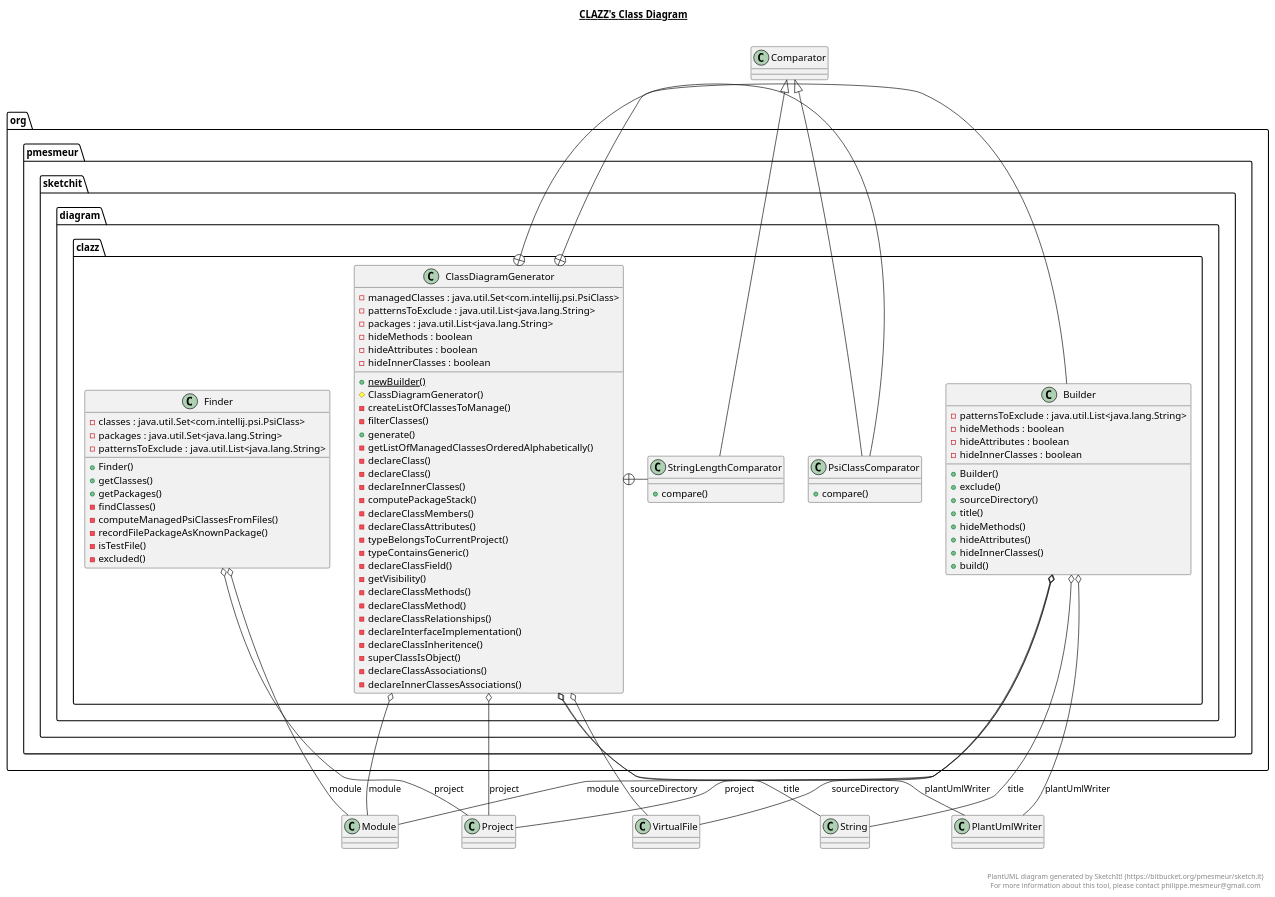
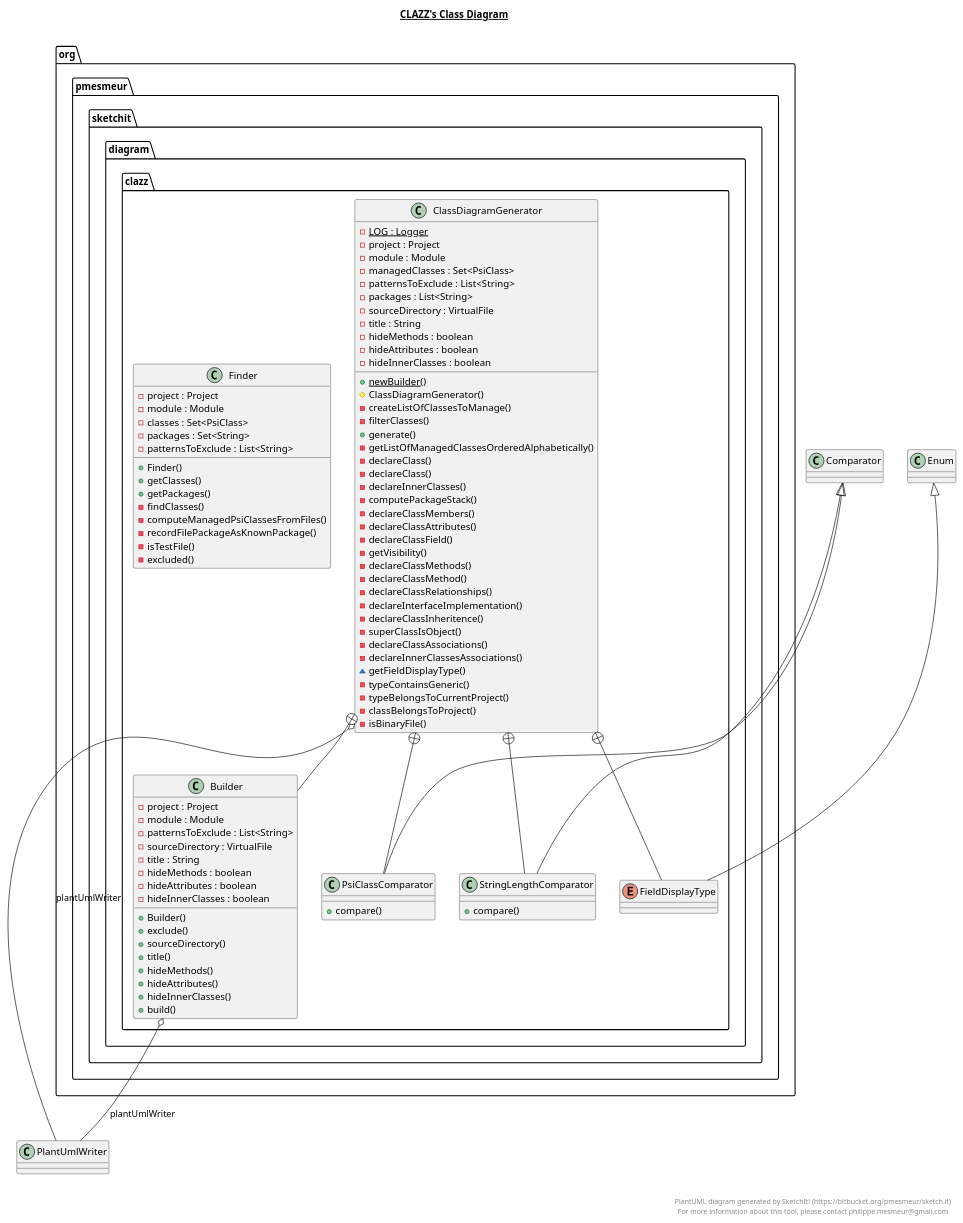
One commit to bigjimlefou/sketch.it changed the diagram in src/org/pmesmeur/sketchit/diagram/clazz/clazz.plantuml. Above: the diagram before and after it, drawn with PlantUML. The commit also changed 5 other files, not shown here.

Commit message:
Update UML model

```diff
--- a/src/org/pmesmeur/sketchit/diagram/clazz/clazz.plantuml
+++ b/src/org/pmesmeur/sketchit/diagram/clazz/clazz.plantuml
@@ -1,136 +1,151 @@
 @startuml
 
 title __CLAZZ's Class Diagram__\n
 
   package org.pmesmeur.sketchit {
     package org.pmesmeur.sketchit.diagram {
       package org.pmesmeur.sketchit.diagram.clazz {
         class ClassDiagramGenerator {
-            - managedClasses : java.util.Set<com.intellij.psi.PsiClass>
-            - patternsToExclude : java.util.List<java.lang.String>
-            - packages : java.util.List<java.lang.String>
+            {static} - LOG : Logger
+            - project : Project
+            - module : Module
+            - managedClasses : Set<PsiClass>
+            - patternsToExclude : List<String>
+            - packages : List<String>
+            - sourceDirectory : VirtualFile
+            - title : String
             - hideMethods : boolean
             - hideAttributes : boolean
             - hideInnerClasses : boolean
             {static} + newBuilder()
             # ClassDiagramGenerator()
             - createListOfClassesToManage()
             - filterClasses()
             + generate()
             - getListOfManagedClassesOrderedAlphabetically()
             - declareClass()
             - declareClass()
             - declareInnerClasses()
             - computePackageStack()
             - declareClassMembers()
             - declareClassAttributes()
-            - typeBelongsToCurrentProject()
-            - typeContainsGeneric()
             - declareClassField()
             - getVisibility()
             - declareClassMethods()
             - declareClassMethod()
             - declareClassRelationships()
             - declareInterfaceImplementation()
             - declareClassInheritence()
             - superClassIsObject()
             - declareClassAssociations()
             - declareInnerClassesAssociations()
+            ~ getFieldDisplayType()
+            - typeContainsGeneric()
+            - typeBelongsToCurrentProject()
+            - classBelongsToProject()
+            - isBinaryFile()
         }
       }
     }
   }
   
 
   package org.pmesmeur.sketchit {
     package org.pmesmeur.sketchit.diagram {
       package org.pmesmeur.sketchit.diagram.clazz {
         class Builder {
-            - patternsToExclude : java.util.List<java.lang.String>
+            - project : Project
+            - module : Module
+            - patternsToExclude : List<String>
+            - sourceDirectory : VirtualFile
+            - title : String
             - hideMethods : boolean
             - hideAttributes : boolean
             - hideInnerClasses : boolean
             + Builder()
             + exclude()
             + sourceDirectory()
             + title()
             + hideMethods()
             + hideAttributes()
             + hideInnerClasses()
             + build()
         }
       }
     }
   }
   
 
   package org.pmesmeur.sketchit {
     package org.pmesmeur.sketchit.diagram {
       package org.pmesmeur.sketchit.diagram.clazz {
         class StringLengthComparator {
             + compare()
         }
       }
     }
   }
   
 
   package org.pmesmeur.sketchit {
     package org.pmesmeur.sketchit.diagram {
       package org.pmesmeur.sketchit.diagram.clazz {
         class PsiClassComparator {
             + compare()
         }
       }
     }
   }
   
 
   package org.pmesmeur.sketchit {
     package org.pmesmeur.sketchit.diagram {
       package org.pmesmeur.sketchit.diagram.clazz {
+        enum FieldDisplayType
+      }
+    }
+  }
+  
+
+  package org.pmesmeur.sketchit {
+    package org.pmesmeur.sketchit.diagram {
+      package org.pmesmeur.sketchit.diagram.clazz {
         class Finder {
-            - classes : java.util.Set<com.intellij.psi.PsiClass>
-            - packages : java.util.Set<java.lang.String>
-            - patternsToExclude : java.util.List<java.lang.String>
+            - project : Project
+            - module : Module
+            - classes : Set<PsiClass>
+            - packages : Set<String>
+            - patternsToExclude : List<String>
             + Finder()
             + getClasses()
             + getPackages()
             - findClasses()
             - computeManagedPsiClassesFromFiles()
             - recordFilePackageAsKnownPackage()
             - isTestFile()
             - excluded()
         }
       }
     }
   }
   
 
   ClassDiagramGenerator o-- PlantUmlWriter : plantUmlWriter
-  ClassDiagramGenerator o-- Project : project
-  ClassDiagramGenerator o-- Module : module
-  ClassDiagramGenerator o-- VirtualFile : sourceDirectory
-  ClassDiagramGenerator o-- String : title
-  ClassDiagramGenerator +-right- Builder
-  ClassDiagramGenerator +-right- StringLengthComparator
-  ClassDiagramGenerator +-right- PsiClassComparator
+  ClassDiagramGenerator +-down- Builder
+  ClassDiagramGenerator +-down- StringLengthComparator
+  ClassDiagramGenerator +-down- PsiClassComparator
+  ClassDiagramGenerator +-down- FieldDisplayType
   Builder o-- PlantUmlWriter : plantUmlWriter
-  Builder o-- Project : project
-  Builder o-- Module : module
-  Builder o-- VirtualFile : sourceDirectory
-  Builder o-- String : title
   StringLengthComparator -up-|> Comparator
   PsiClassComparator -up-|> Comparator
-  Finder o-- Project : project
-  Finder o-- Module : module
+  FieldDisplayType -up-|> Enum
 
 
 right footer
 
 
 PlantUML diagram generated by SketchIt! (https://bitbucket.org/pmesmeur/sketch.it)
 For more information about this tool, please contact philippe.mesmeur@gmail.com
 endfooter
 
 @enduml
```
